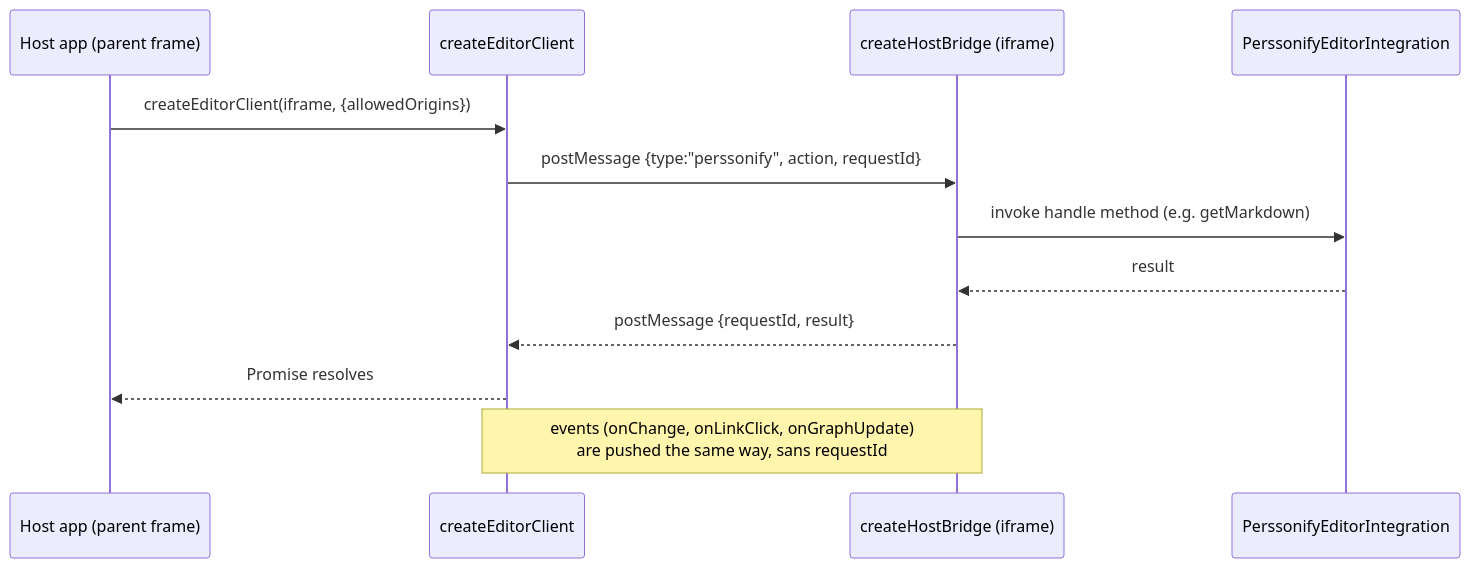
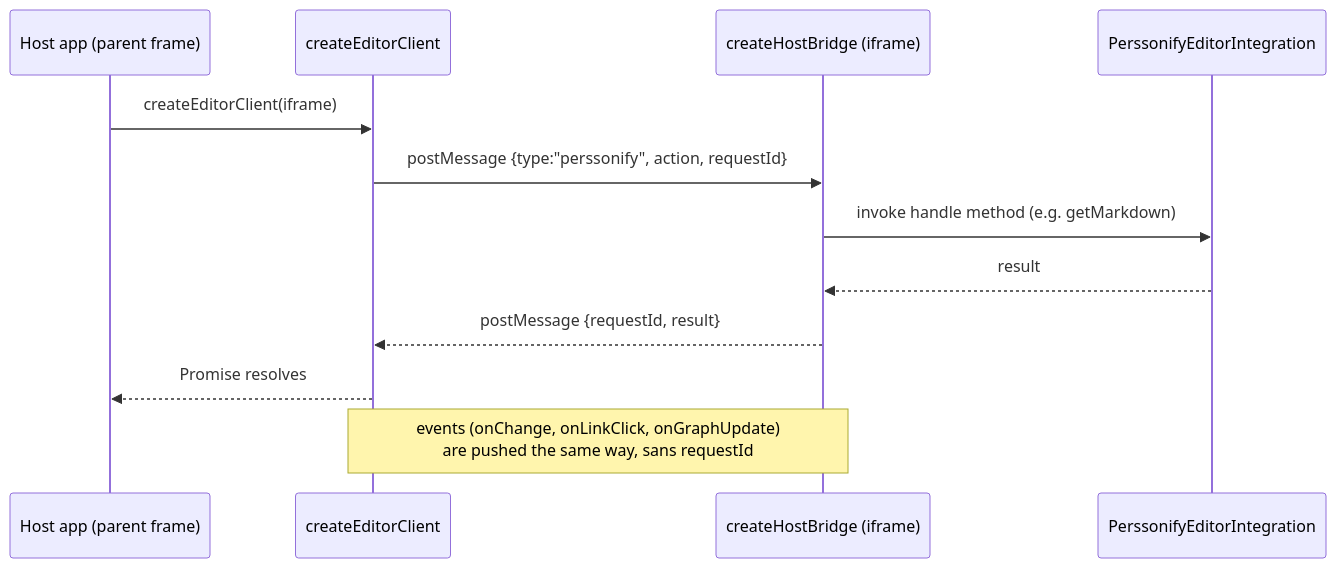
The third of 3 diagrams in docs/architecture.md (Perssonify/Markdown-Studio), drawn with Mermaid before and after one commit. The commit also changed other lines of this file and 35 other files, not shown here.

````diff
--- a/docs/architecture.md
+++ b/docs/architecture.md
@@ -156,15 +174,15 @@
 ```mermaid
 sequenceDiagram
     participant Parent as Host app (parent frame)
     participant Client as createEditorClient
     participant Bridge as createHostBridge (iframe)
     participant Editor as PerssonifyEditorIntegration
 
-    Parent->>Client: createEditorClient(iframe, {allowedOrigins})
+    Parent->>Client: createEditorClient(iframe)
     Client->>Bridge: postMessage {type:"perssonify", action, requestId}
     Bridge->>Editor: invoke handle method (e.g. getMarkdown)
     Editor-->>Bridge: result
     Bridge-->>Client: postMessage {requestId, result}
     Client-->>Parent: Promise resolves
     Note over Bridge,Client: events (onChange, onLinkClick, onGraphUpdate)<br/>are pushed the same way, sans requestId
 ```
````
